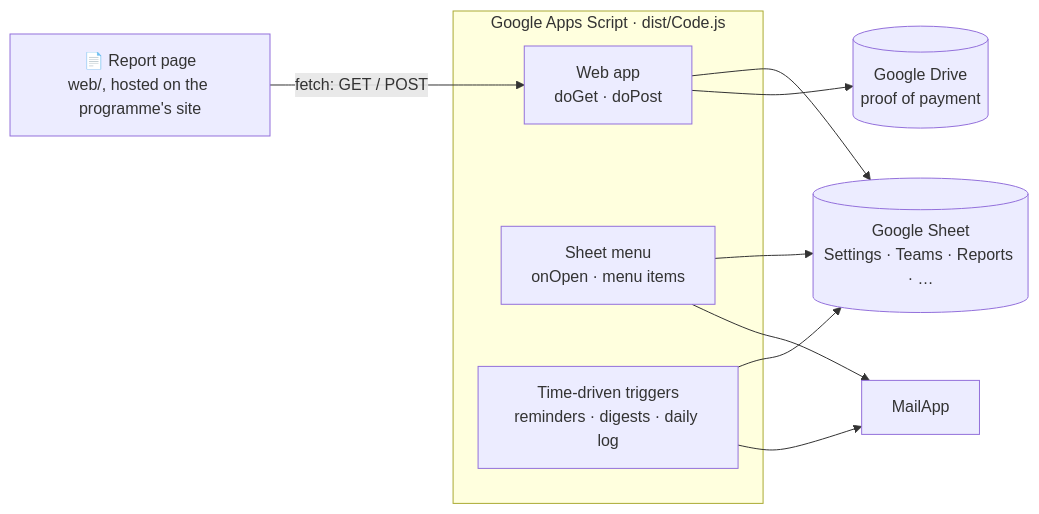
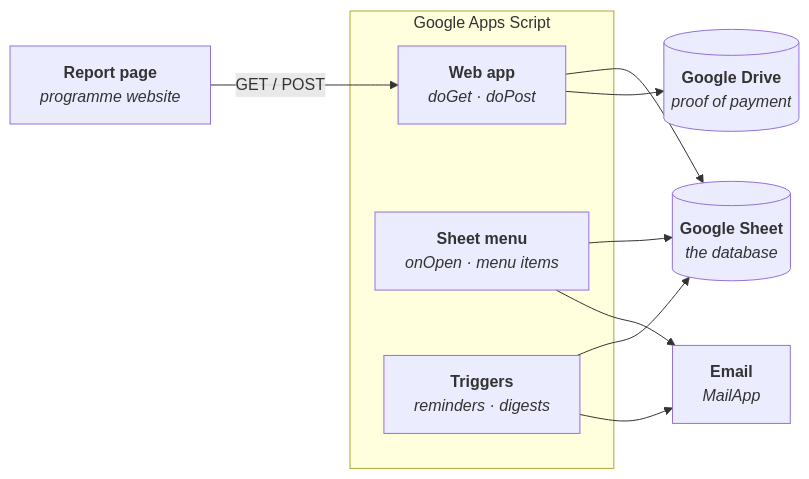
The diagram in README.md (PRINCEdevon/ScriptKit), drawn with Mermaid before and after one commit.

Commit message:
docs: trim the How It Works diagram labels
Each box now shows a bold name with a short italic detail underneath.

````diff
--- a/README.md
+++ b/README.md
@@ -58,20 +58,20 @@
 ```mermaid
 flowchart LR
-    page["📄 Report page<br/>web/, hosted on the programme's site"]
-    subgraph gas["Google Apps Script · dist/Code.js"]
-        webapp["Web app<br/>doGet · doPost"]
-        menu["Sheet menu<br/>onOpen · menu items"]
-        jobs["Time-driven triggers<br/>reminders · digests · daily log"]
+    page["<b>Report page</b><br/><i>programme website</i>"]
+    subgraph gas["Google Apps Script"]
+        webapp["<b>Web app</b><br/><i>doGet · doPost</i>"]
+        menu["<b>Sheet menu</b><br/><i>onOpen · menu items</i>"]
+        jobs["<b>Triggers</b><br/><i>reminders · digests</i>"]
     end
-    sheet[("Google Sheet<br/>Settings · Teams · Reports · …")]
-    drive[("Google Drive<br/>proof of payment")]
-    mail["MailApp"]
+    sheet[("<b>Google Sheet</b><br/><i>the database</i>")]
+    drive[("<b>Google Drive</b><br/><i>proof of payment</i>")]
+    mail["<b>Email</b><br/><i>MailApp</i>"]
 
-    page -- "fetch: GET / POST" --> webapp
+    page -- "GET / POST" --> webapp
     webapp --> sheet
     webapp --> drive
     menu --> sheet
     jobs --> sheet
     menu --> mail
     jobs --> mail
 ```
````
